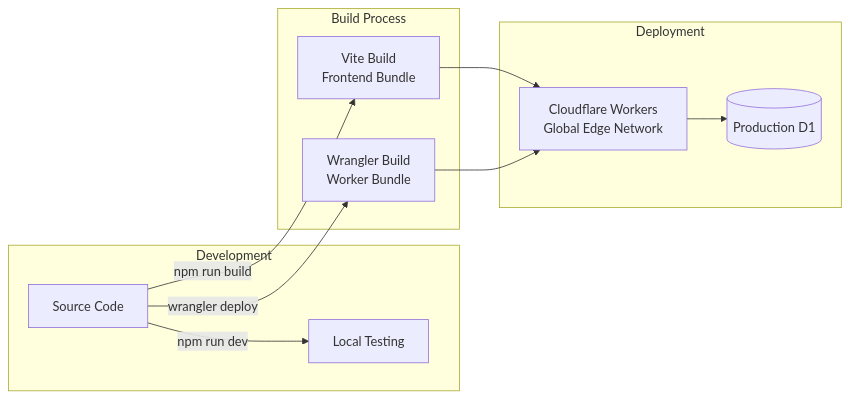
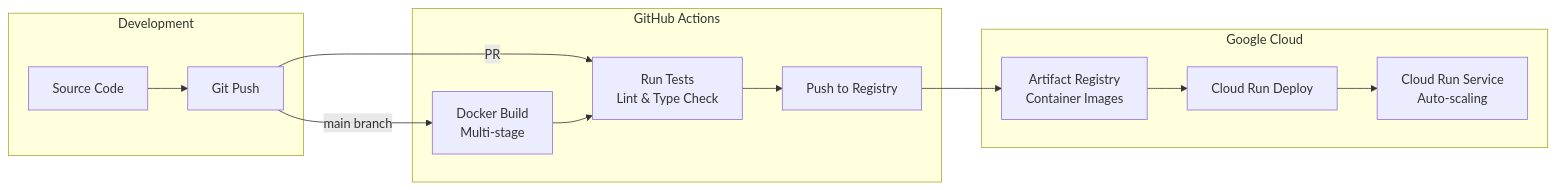
The third of 10 diagrams in .project/guidelines/core/architecture-diagrams.md (emily-flambe/web-app-starter-pack-gcp), drawn with Mermaid before and after one commit. The commit also changed other lines of this file and 37 other files, not shown here.

First line of the commit message:
Add Google Cloud Run deployment with FastAPI + React starter (#5)

````diff
--- a/.project/guidelines/core/architecture-diagrams.md
+++ b/.project/guidelines/core/architecture-diagrams.md
@@ -82,24 +66,28 @@
 ```mermaid
 graph LR
     subgraph "Development"
         Code[Source Code]
-        Local[Local Testing]
+        Git[Git Push]
     end
     
-    subgraph "Build Process"
-        Vite[Vite Build<br/>Frontend Bundle]
-        Wrangler[Wrangler Build<br/>Worker Bundle]
+    subgraph "GitHub Actions"
+        Build[Docker Build<br/>Multi-stage]
+        Test[Run Tests<br/>Lint & Type Check]
+        Push[Push to Registry]
     end
     
-    subgraph "Deployment"
-        CF[Cloudflare Workers<br/>Global Edge Network]
-        D1P[(Production D1)]
+    subgraph "Google Cloud"
+        Registry[Artifact Registry<br/>Container Images]
+        Deploy[Cloud Run Deploy]
+        Service[Cloud Run Service<br/>Auto-scaling]
     end
     
-    Code -->|npm run dev| Local
-    Code -->|npm run build| Vite
-    Code -->|wrangler deploy| Wrangler
-    Vite --> CF
-    Wrangler --> CF
-    CF --> D1P
+    Code --> Git
+    Git -->|main branch| Build
+    Git -->|PR| Test
+    Build --> Test
+    Test --> Push
+    Push --> Registry
+    Registry --> Deploy
+    Deploy --> Service
 ```
````
